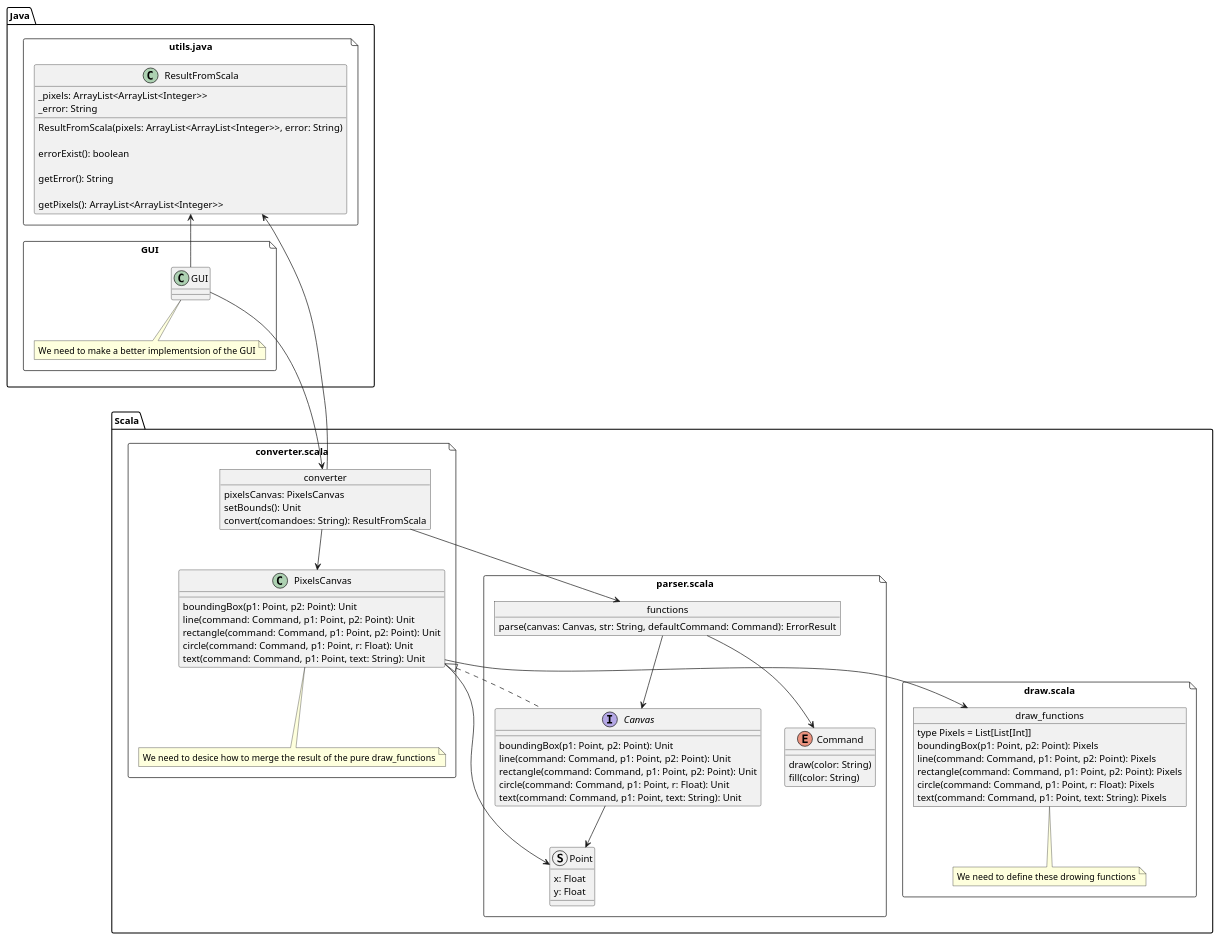
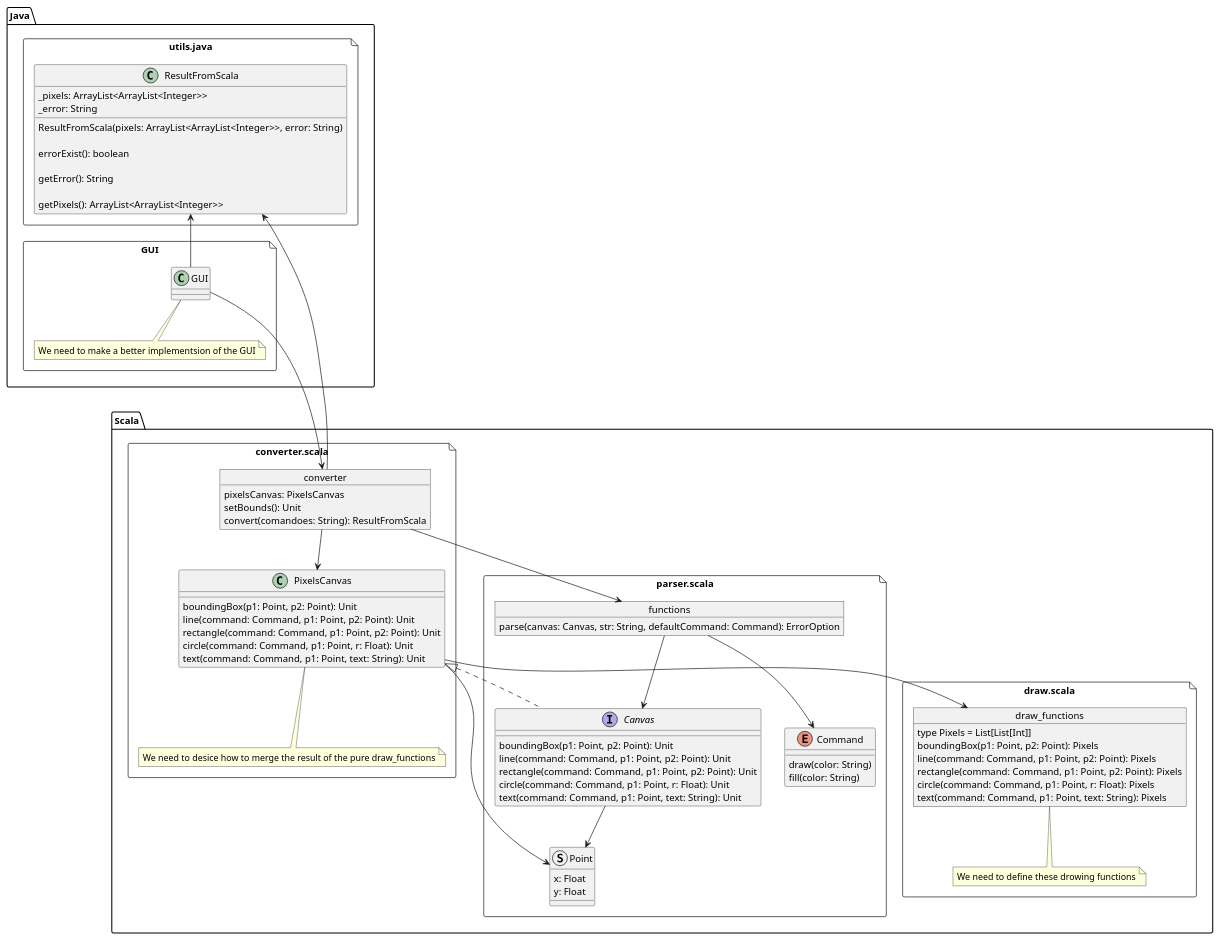
Before and after one commit to au706600/Software-Correctness-Project: the second of 2 diagrams in doc/diagrams.puml, drawn with PlantUML. The commit also changed 12 other files, not shown here.

```diff
--- a/doc/diagrams.puml
+++ b/doc/diagrams.puml
@@ -37,111 +37,111 @@
 @startuml Relationships
 'skinparam linetype ortho
 '!pragma layout smetana
 
 package Java {
     file GUI as GUI_ {
         class GUI {
             
         }
 
         note bottom of GUI
             We need to make a better implementsion of the GUI
         end note
 
     }
 
     file "utils.java" as utils_java {
         class ResultFromScala {
             _pixels: ArrayList<ArrayList<Integer>>
             _error: String
 
             ResultFromScala(pixels: ArrayList<ArrayList<Integer>>, error: String)
             
             errorExist(): boolean 
             
             getError(): String 
 
             getPixels(): ArrayList<ArrayList<Integer>>
         } 
     }
 }
 
 
 package Scala {
     file "converter.scala" as converter_scala {
         object converter {
             pixelsCanvas: PixelsCanvas
             
             setBounds(): Unit
             convert(comandoes: String): ResultFromScala
         }
 
         class PixelsCanvas {
             boundingBox(p1: Point, p2: Point): Unit
             line(command: Command, p1: Point, p2: Point): Unit
             rectangle(command: Command, p1: Point, p2: Point): Unit
             circle(command: Command, p1: Point, r: Float): Unit
             text(command: Command, p1: Point, text: String): Unit
         }
         
         note bottom of PixelsCanvas
             We need to desice how to merge the result of the pure draw_functions
         end note
 
     }
 
     file "parser.scala" as parser_scala {
         object functions {
-            parse(canvas: Canvas, str: String, defaultCommand: Command): ErrorResult
+            parse(canvas: Canvas, str: String, defaultCommand: Command): ErrorOption
 
         }
 
         enum Command {
             draw(color: String) 
             fill(color: String)
         }
 
         struct Point {
             x: Float
             y: Float
         }
 
         interface Canvas {
             boundingBox(p1: Point, p2: Point): Unit
             line(command: Command, p1: Point, p2: Point): Unit
             rectangle(command: Command, p1: Point, p2: Point): Unit
             circle(command: Command, p1: Point, r: Float): Unit
             text(command: Command, p1: Point, text: String): Unit
         }
     }
 
     file "draw.scala" as draw_scala {
         object draw_functions {
             type Pixels = List[List[Int]]
             boundingBox(p1: Point, p2: Point): Pixels
             line(command: Command, p1: Point, p2: Point): Pixels
             rectangle(command: Command, p1: Point, p2: Point): Pixels
             circle(command: Command, p1: Point, r: Float): Pixels
             text(command: Command, p1: Point, text: String): Pixels
         }
 
         note bottom of draw_functions
             We need to define these drowing functions
         end note
     }
 
 }
 
 PixelsCanvas --> draw_functions
 PixelsCanvas <|.. Canvas
 Canvas --> Point
 PixelsCanvas --> Point
 converter --> PixelsCanvas
 functions --> Canvas
 converter -up-> ResultFromScala
 functions --> Command
 converter --> functions
 GUI ---down-> converter
 GUI -up-> ResultFromScala
 
 @enduml
```
